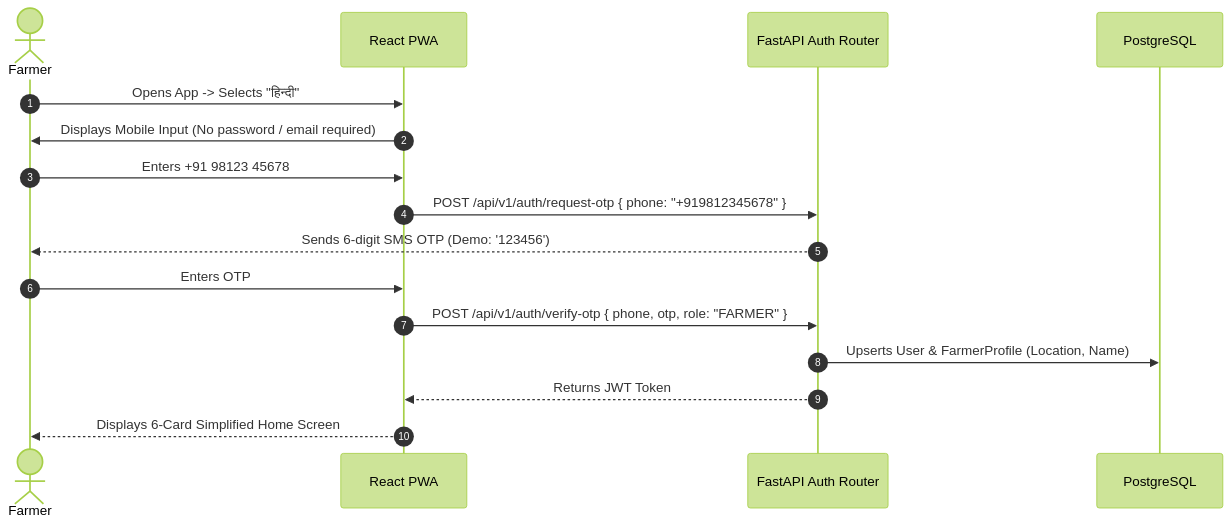
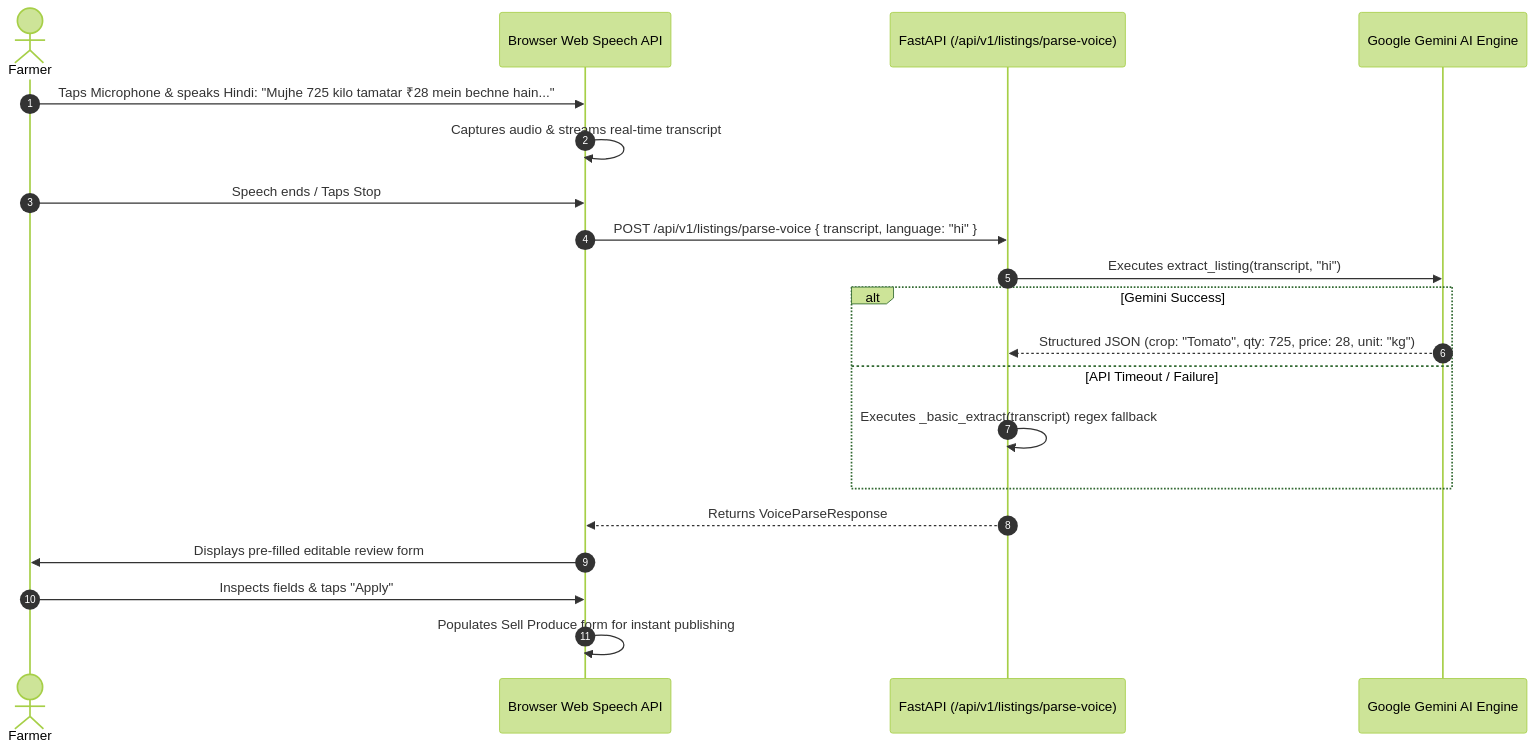
The seventh of 9 diagrams in DOCS/FLOWS.md (vanshbahl/KisanLink), drawn with Mermaid (forest theme) before and after one commit. The commit also changed other lines of this file and 11 other files, not shown here.

````diff
--- a/DOCS/FLOWS.md
+++ b/DOCS/FLOWS.md
@@ -149,19 +201,23 @@
 ```mermaid
 sequenceDiagram
     autonumber
-    actor F as Farmer
-    participant App as React PWA
-    participant Auth as FastAPI Auth Router
-    participant DB as PostgreSQL
+    actor Farmer as Farmer
+    participant Browser as Browser Web Speech API
+    participant Backend as FastAPI (/api/v1/listings/parse-voice)
+    participant Gemini as Google Gemini AI Engine
 
-    F->>App: Opens App -> Selects "हिन्दी"
-    App->>F: Displays Mobile Input (No password / email required)
-    F->>App: Enters +91 98123 45678
-    App->>Auth: POST /api/v1/auth/request-otp { phone: "+919812345678" }
-    Auth-->>F: Sends 6-digit SMS OTP (Demo: '123456')
-    F->>App: Enters OTP
-    App->>Auth: POST /api/v1/auth/verify-otp { phone, otp, role: "FARMER" }
-    Auth->>DB: Upserts User & FarmerProfile (Location, Name)
-    Auth-->>App: Returns JWT Token
-    App-->>F: Displays 6-Card Simplified Home Screen
+    Farmer->>Browser: Taps Microphone & speaks Hindi: "Mujhe 725 kilo tamatar ₹28 mein bechne hain..."
+    Browser->>Browser: Captures audio & streams real-time transcript
+    Farmer->>Browser: Speech ends / Taps Stop
+    Browser->>Backend: POST /api/v1/listings/parse-voice { transcript, language: "hi" }
+    Backend->>Gemini: Executes extract_listing(transcript, "hi")
+    alt Gemini Success
+        Gemini-->>Backend: Structured JSON (crop: "Tomato", qty: 725, price: 28, unit: "kg")
+    else API Timeout / Failure
+        Backend->>Backend: Executes _basic_extract(transcript) regex fallback
+    end
+    Backend-->>Browser: Returns VoiceParseResponse
+    Browser->>Farmer: Displays pre-filled editable review form
+    Farmer->>Browser: Inspects fields & taps "Apply"
+    Browser->>Browser: Populates Sell Produce form for instant publishing
 ```
````
